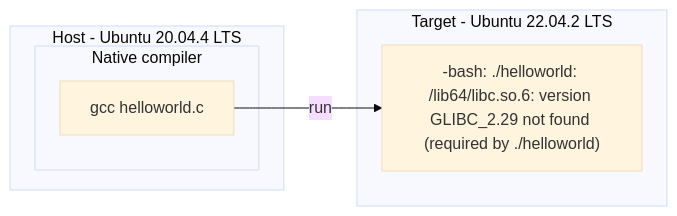
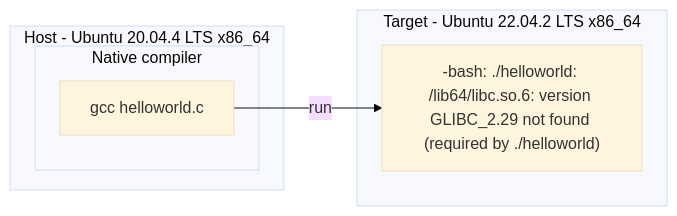
Before and after one commit to lankahsu520/CrossCompilationX: the fifth of 7 diagrams in README.md, drawn with Mermaid (base theme). The commit also changed other lines of this file, not shown here.

````diff
--- a/README.md
+++ b/README.md
@@ -214,15 +238,15 @@
 ```mermaid
 flowchart LR
-	subgraph Host[Host - Ubuntu 20.04.4 LTS]
+	subgraph Host[Host - Ubuntu 20.04.4 LTS x86_64]
 		subgraph Native[Native compiler]
 			gcc[gcc helloworld.c]
 		end
 	end
 
-	subgraph Target[Target - Ubuntu 22.04.2 LTS]
+	subgraph Target[Target - Ubuntu 22.04.2 LTS x86_64]
 		helloworld_run_ubuntu2204["-bash: ./helloworld: /lib64/libc.so.6: version GLIBC_2.29 not found (required by ./helloworld)"]
 	end
 	
 	gcc --> |run|helloworld_run_ubuntu2204
 	
 ```
````
